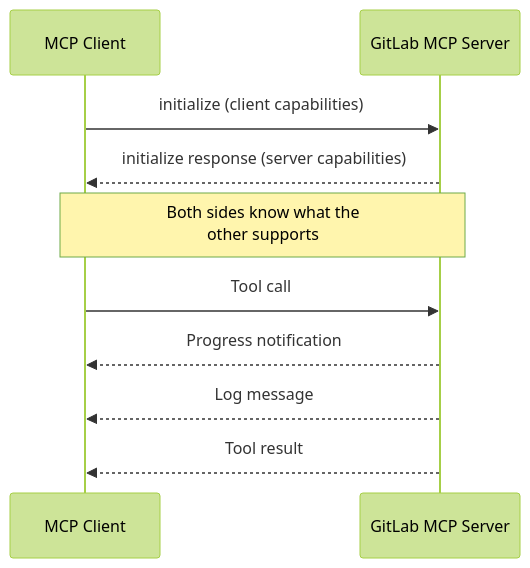
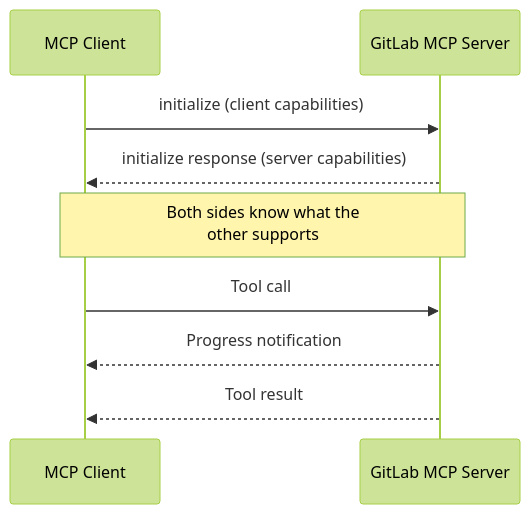
One commit to jmrplens/gitlab-mcp-server changed the diagram in site/src/content/docs/capabilities/overview.mdx. Above: the diagram before and after it, drawn with Mermaid (forest theme). The commit also changed other lines of this file and 198 other files, not shown here.

````diff
--- a/site/src/content/docs/capabilities/overview.mdx
+++ b/site/src/content/docs/capabilities/overview.mdx
@@ -24,14 +21,13 @@
 ```mermaid
 sequenceDiagram
     participant C as MCP Client
     participant S as GitLab MCP Server
 
     C->>S: initialize (client capabilities)
     S-->>C: initialize response (server capabilities)
     Note over C,S: Both sides know what the<br/>other supports
 
     C->>S: Tool call
     S-->>C: Progress notification
-    S-->>C: Log message
     S-->>C: Tool result
 ```
````
